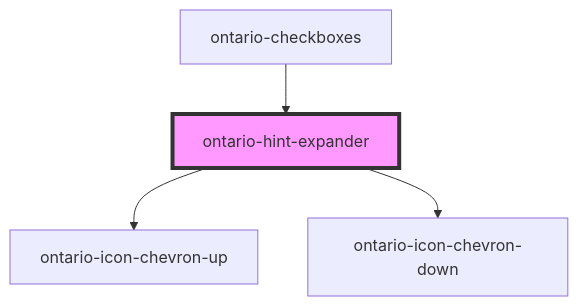
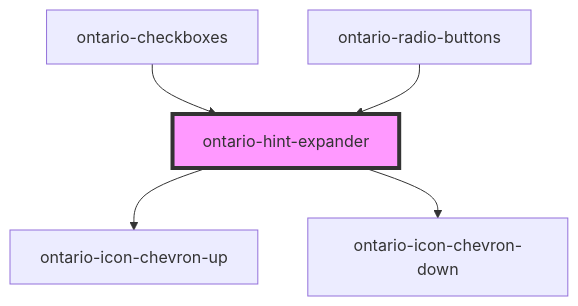
One commit to ongov/ontario-design-system changed the diagram in packages/ontario-design-system-component-library/src/components/ontario-hint-expander/readme.md. Above: the diagram before and after it, drawn with Mermaid. The commit also changed other lines of this file and 19 other files, not shown here.

````diff
--- a/packages/ontario-design-system-component-library/src/components/ontario-hint-expander/readme.md
+++ b/packages/ontario-design-system-component-library/src/components/ontario-hint-expander/readme.md
@@ -37,7 +38,8 @@
 ```mermaid
 graph TD;
   ontario-hint-expander --> ontario-icon-chevron-up
   ontario-hint-expander --> ontario-icon-chevron-down
   ontario-checkboxes --> ontario-hint-expander
+  ontario-radio-buttons --> ontario-hint-expander
   style ontario-hint-expander fill:#f9f,stroke:#333,stroke-width:4px
 ```
````
